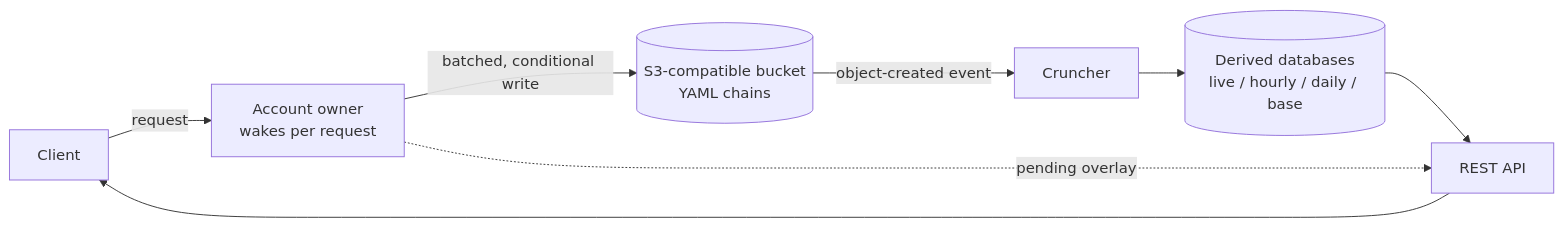
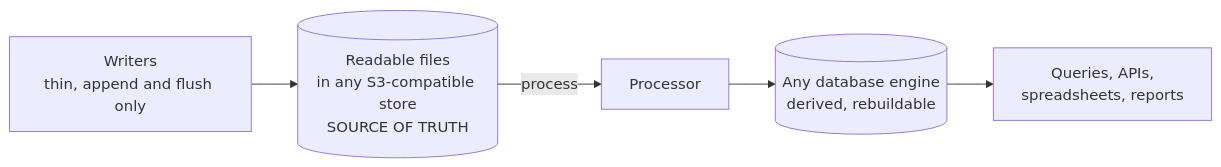
The diagram in README.md (bristweb/yafidb), drawn with Mermaid before and after one commit. The commit also changed other lines of this file and 10 other files, not shown here.

Commit message:
Reframe around readable files as source of truth; optional patterns; pluggable file format

````diff
--- a/README.md
+++ b/README.md
@@ -11,10 +11,7 @@
 ```mermaid
 flowchart LR
-    C[Client] -->|request| O[Account owner<br/>wakes per request]
-    O -->|batched, conditional write| B[(S3-compatible bucket<br/>YAML chains)]
-    B -->|object-created event| K[Cruncher]
-    K --> D[(Derived databases<br/>live / hourly / daily / base)]
-    D --> A[REST API]
-    A --> C
-    O -.->|pending overlay| A
+    W[Writers<br/>thin, append and flush only] --> F[(Readable files<br/>in any S3-compatible store<br/>SOURCE OF TRUTH)]
+    F -->|process| P[Processor]
+    P --> D[(Any database engine<br/>derived, rebuildable)]
+    D --> Q[Queries, APIs,<br/>spreadsheets, reports]
 ```
````
